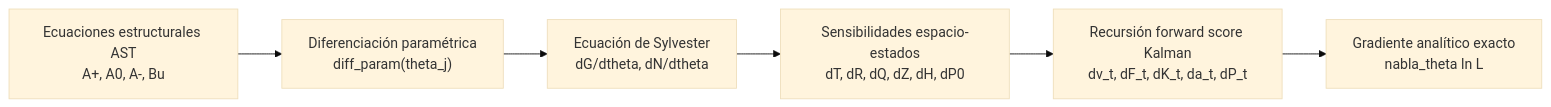
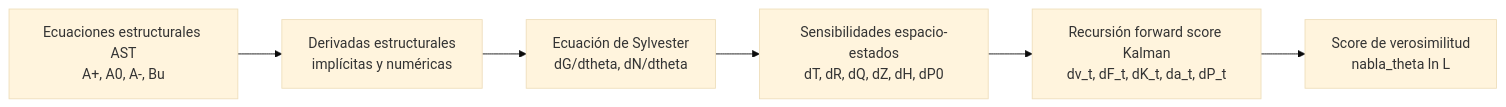
The first of 3 diagrams in docs/es/dsge_v3.md (Allisterh/puremacro), drawn with Mermaid (base theme) before and after one commit. The commit also changed other lines of this file and 29 other files, not shown here.

````diff
--- a/docs/es/dsge_v3.md
+++ b/docs/es/dsge_v3.md
@@ -51,8 +61,8 @@
 ```mermaid
 flowchart LR
-    A["Ecuaciones estructurales AST<br/>A+, A0, A-, Bu"] --> B["Diferenciación paramétrica<br/>diff_param(theta_j)"]
+    A["Ecuaciones estructurales AST<br/>A+, A0, A-, Bu"] --> B["Derivadas estructurales<br/>implícitas y numéricas"]
     B --> C["Ecuación de Sylvester<br/>dG/dtheta, dN/dtheta"]
     C --> D["Sensibilidades espacio-estados<br/>dT, dR, dQ, dZ, dH, dP0"]
     D --> E["Recursión forward score Kalman<br/>dv_t, dF_t, dK_t, da_t, dP_t"]
-    E --> F["Gradiente analítico exacto<br/>nabla_theta ln L"]
+    E --> F["Score de verosimilitud<br/>nabla_theta ln L"]
 ```
````
